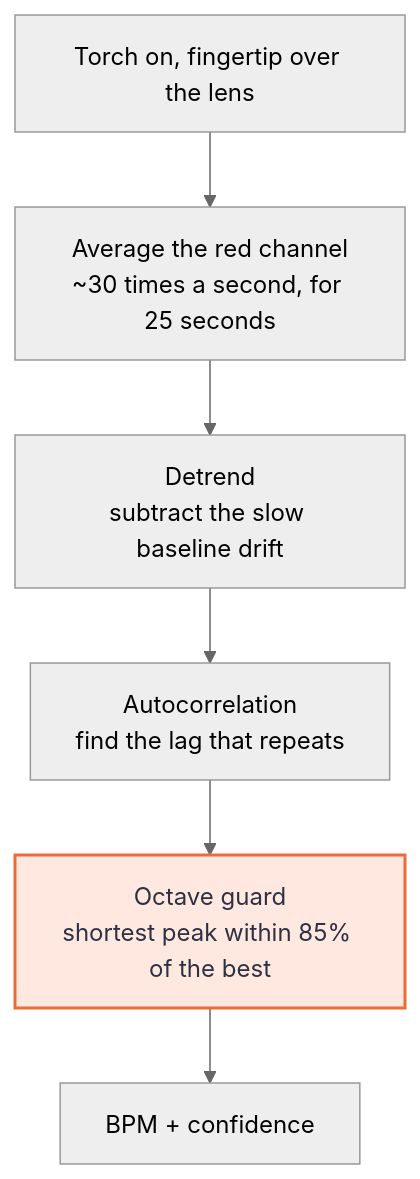
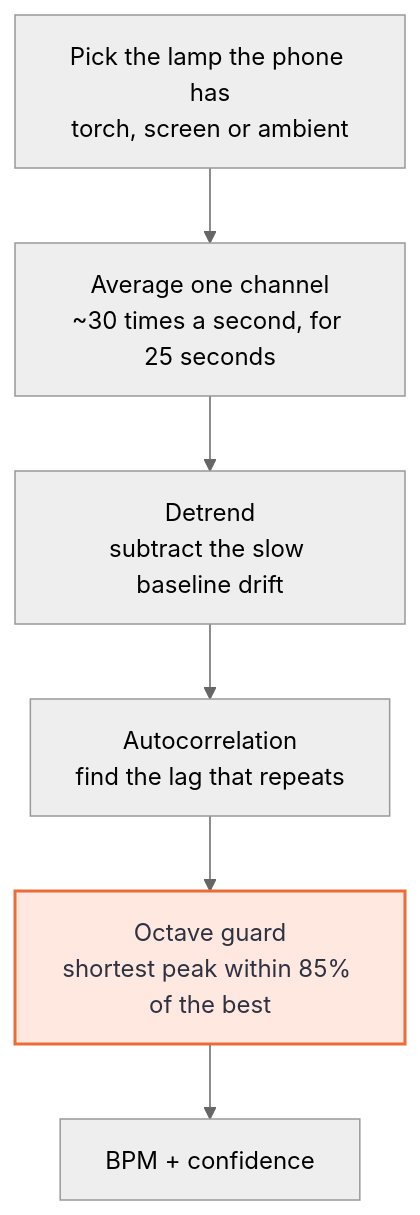
The second of 3 diagrams in README.md (wilsonwu-ai/sync-green-building), drawn with Mermaid (neutral theme) before and after one commit. The commit also changed other lines of this file and 4 other files, not shown here.

````diff
--- a/README.md
+++ b/README.md
@@ -73,14 +73,14 @@
 ```mermaid
 flowchart TD
-    A["Torch on, fingertip over the lens"]
-    B["Average the red channel<br/>~30 times a second, for 25 seconds"]
+    A["Pick the lamp the phone has<br/>torch, screen or ambient"]
+    B["Average one channel<br/>~30 times a second, for 25 seconds"]
     C["Detrend<br/>subtract the slow baseline drift"]
     D["Autocorrelation<br/>find the lag that repeats"]
     E["Octave guard<br/>shortest peak within 85% of the best"]
     F["BPM + confidence"]
 
     A --> B --> C --> D --> E --> F
 
     classDef focal fill:#ffe8df,stroke:#eb6c36,stroke-width:2px,color:#2d3142
     class E focal
 ```
````
